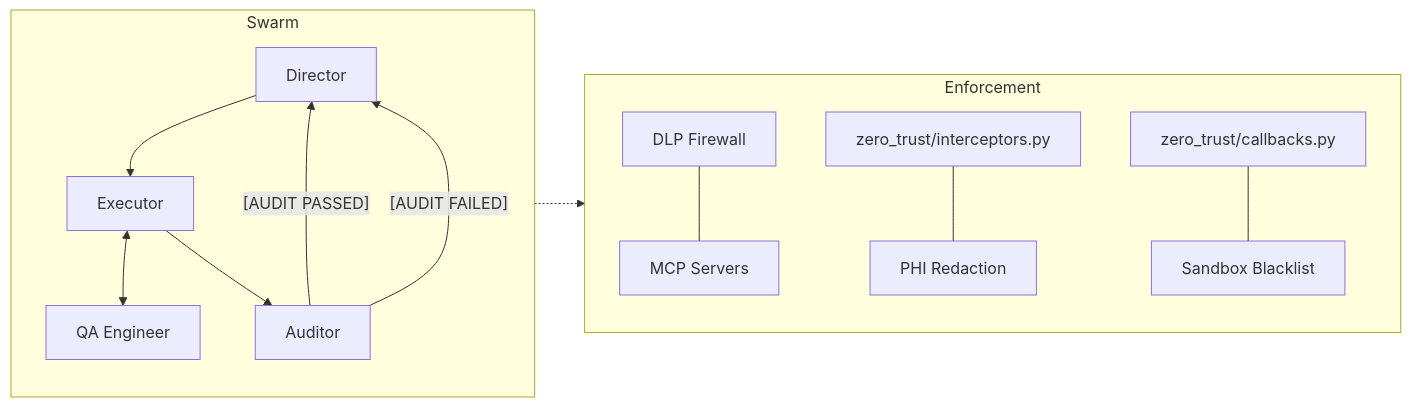
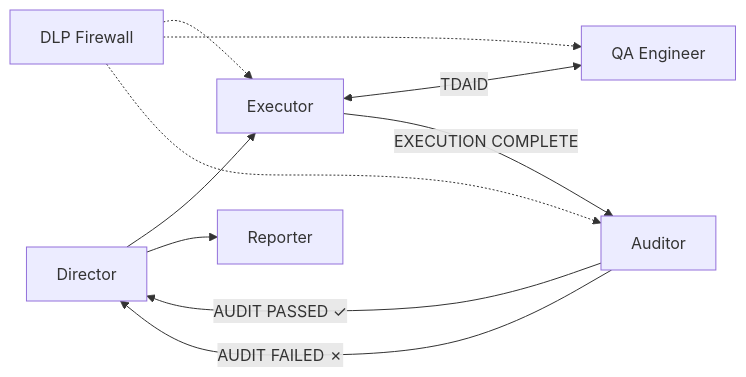
The diagram in README.md (HReed1/hvr-agentic-os), drawn with Mermaid before and after one commit. The commit also changed other lines of this file and 1 other file, not shown here.

Commit message:
docs: clean up diagrams and add MIT license
- Split architecture mermaid into 3 focused diagrams (swarm, solo, enforcement)

- Simplified README diagram to a clean visual hook

- Added MIT LICENSE.md, linked from README

````diff
--- a/README.md
+++ b/README.md
@@ -11,16 +11,13 @@
 ```mermaid
 graph LR
-    subgraph Swarm
-        D[Director] --> E[Executor]
-        E <--> QA[QA Engineer]
-        E --> A[Auditor]
-        A -->|"[AUDIT PASSED]"| D
-        A -->|"[AUDIT FAILED]"| D
-    end
-    subgraph Enforcement
-        DLP[DLP Firewall] --- MCP[MCP Servers]
-        ZT[zero_trust/interceptors.py] --- PHI[PHI Redaction]
-        CB[zero_trust/callbacks.py] --- BL[Sandbox Blacklist]
-    end
-    Swarm -.-> Enforcement
+    D[Director] --> E[Executor]
+    E <-->|TDAID| QA[QA Engineer]
+    E -->|"EXECUTION COMPLETE"| A[Auditor]
+    A -->|"AUDIT PASSED ✓"| D
+    A -->|"AUDIT FAILED ✗"| D
+    D --> R[Reporter]
+
+    DLP[DLP Firewall] -.-> E
+    DLP -.-> QA
+    DLP -.-> A
 ```
````
